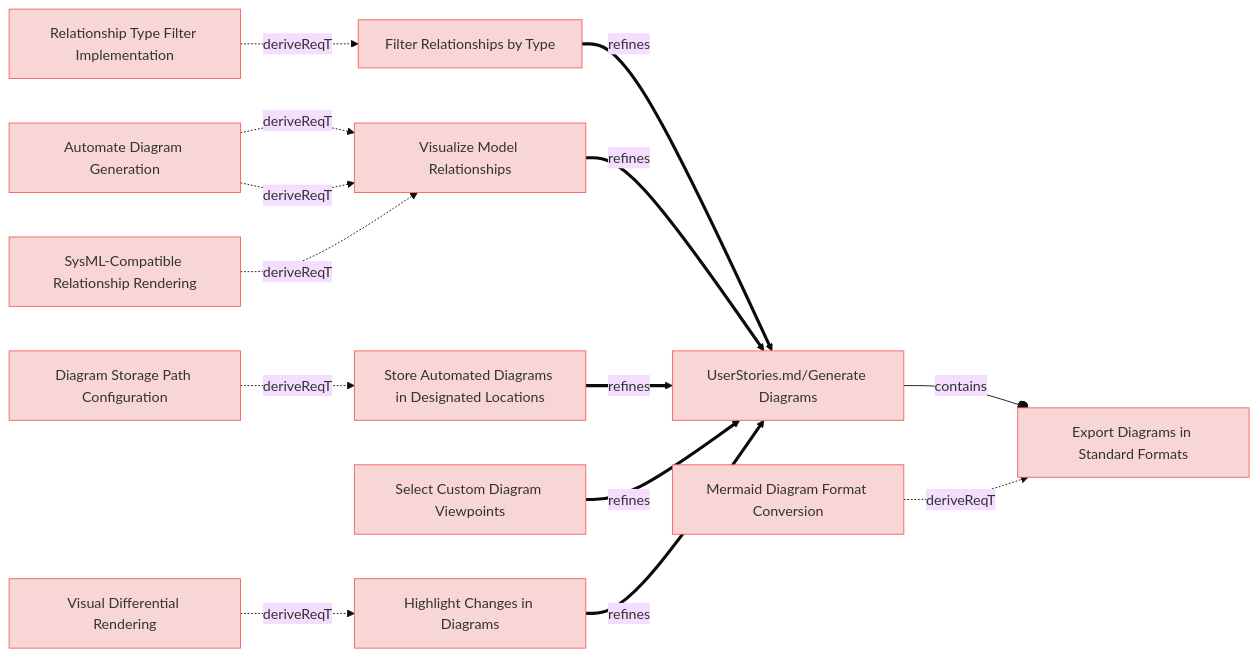
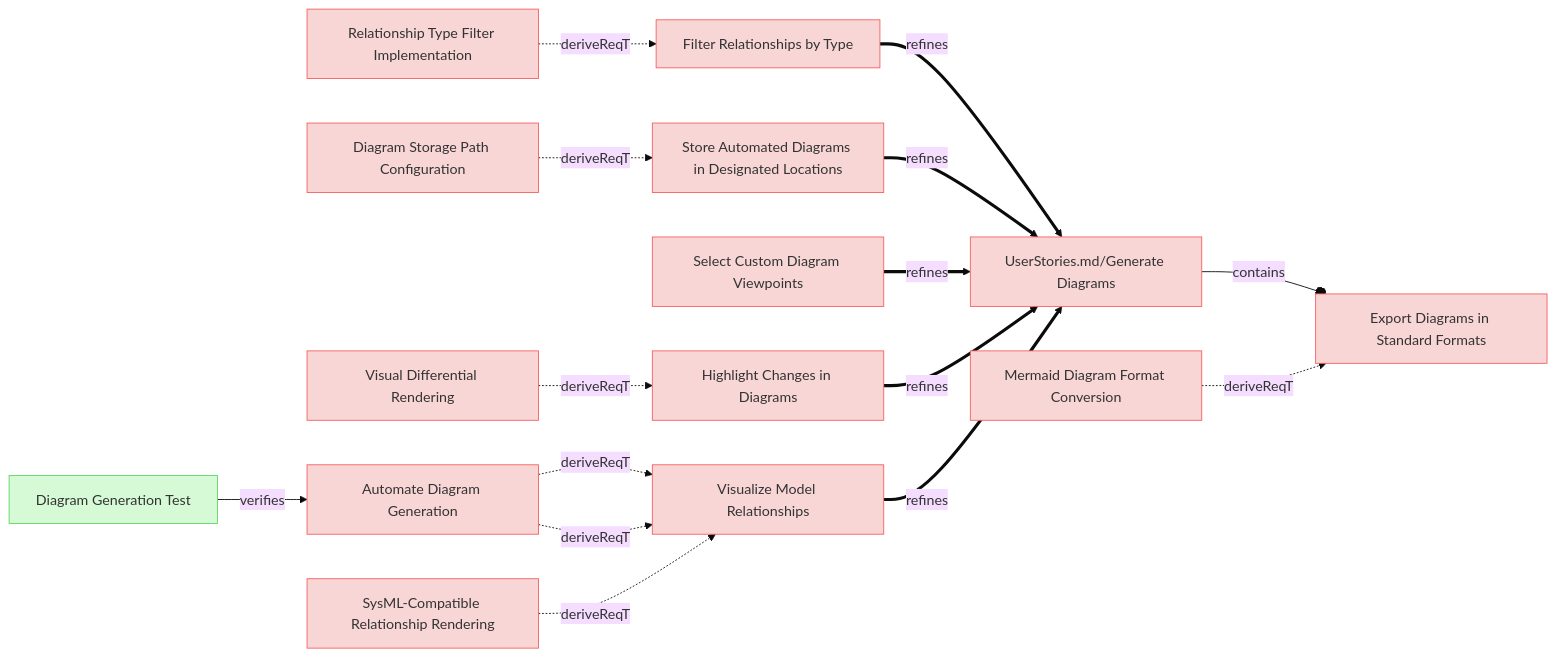
The first of 10 diagrams in specifications/UserRequirements.md (reqvire-org/reqvire), drawn with Mermaid (base theme) before and after one commit. The commit also changed other lines of this file and 8 other files, not shown here.

Commit message:
DIagrams Update.

````diff
--- a/specifications/UserRequirements.md
+++ b/specifications/UserRequirements.md
@@ -4,61 +4,65 @@
 ```mermaid
 graph LR;
   %% Graph styling
   classDef requirement fill:#f9d6d6,stroke:#f55f5f,stroke-width:1px;
   classDef verification fill:#d6f9d6,stroke:#5fd75f,stroke-width:1px;
   classDef externalLink fill:#d0e0ff,stroke:#3080ff,stroke-width:1px;
   classDef default fill:#f5f5f5,stroke:#333333,stroke-width:1px;
 
+  10c00a1bd1["Export Diagrams in Standard Formats"];
+  click 10c00a1bd1 "UserRequirements.md#export-diagrams-in-standard-formats";
+  class 10c00a1bd1 requirement;
+  cf0026c2fe["UserStories.md/Generate Diagrams"];
+  class cf0026c2fe requirement;
+  click cf0026c2fe "UserStories.md#generate-diagrams";
+  cf0026c2fe --o|contains| 10c00a1bd1;
+  a7ec66314a["Mermaid Diagram Format Conversion"];
+  class a7ec66314a requirement;
+  click a7ec66314a "SystemRequirements/Requirements.md#mermaid-diagram-format-conversion";
+  a7ec66314a -.->|deriveReqT| 10c00a1bd1;
+  30d97803eb["Filter Relationships by Type"];
+  click 30d97803eb "UserRequirements.md#filter-relationships-by-type";
+  class 30d97803eb requirement;
+  30d97803eb ==>|refines| cf0026c2fe;
+  1414e7f889["Relationship Type Filter Implementation"];
+  class 1414e7f889 requirement;
+  click 1414e7f889 "SystemRequirements/Requirements.md#relationship-type-filter-implementation";
+  1414e7f889 -.->|deriveReqT| 30d97803eb;
   81f9235ded["Automate Diagram Generation"];
   click 81f9235ded "UserRequirements.md#automate-diagram-generation";
   class 81f9235ded requirement;
   a6a8362836["Visualize Model Relationships"];
   class a6a8362836 requirement;
   click a6a8362836 "UserRequirements.md#visualize-model-relationships";
   81f9235ded -.->|deriveReqT| a6a8362836;
-  30d97803eb["Filter Relationships by Type"];
-  click 30d97803eb "UserRequirements.md#filter-relationships-by-type";
-  class 30d97803eb requirement;
-  cf0026c2fe["UserStories.md/Generate Diagrams"];
-  class cf0026c2fe requirement;
-  click cf0026c2fe "UserStories.md#generate-diagrams";
-  30d97803eb ==>|refines| cf0026c2fe;
-  1414e7f889["Relationship Type Filter Implementation"];
-  class 1414e7f889 requirement;
-  click 1414e7f889 "SystemRequirements/Requirements.md#relationship-type-filter-implementation";
-  1414e7f889 -.->|deriveReqT| 30d97803eb;
-  10c00a1bd1["Export Diagrams in Standard Formats"];
-  click 10c00a1bd1 "UserRequirements.md#export-diagrams-in-standard-formats";
-  class 10c00a1bd1 requirement;
-  cf0026c2fe --o|contains| 10c00a1bd1;
-  a7ec66314a["Mermaid Diagram Format Conversion"];
-  class a7ec66314a requirement;
-  click a7ec66314a "SystemRequirements/Requirements.md#mermaid-diagram-format-conversion";
-  a7ec66314a -.->|deriveReqT| 10c00a1bd1;
-  a6a8362836 ==>|refines| cf0026c2fe;
-  81f9235ded -.->|deriveReqT| a6a8362836;
-  c826c1ee7c["SysML-Compatible Relationship Rendering"];
-  class c826c1ee7c requirement;
-  click c826c1ee7c "SystemRequirements/Requirements.md#sysml-compatible-relationship-rendering";
-  c826c1ee7c -.->|deriveReqT| a6a8362836;
+  b95c73d7b3["Diagram Generation Test"];
+  class b95c73d7b3 verification;
+  click b95c73d7b3 "Verifications/DiagramsTests.md#diagram-generation-test";
+  b95c73d7b3 -->|verifies| 81f9235ded;
   aee397f35b["Store Automated Diagrams in Designated Locations"];
   click aee397f35b "UserRequirements.md#store-automated-diagrams-in-designated-locations";
   class aee397f35b requirement;
   aee397f35b ==>|refines| cf0026c2fe;
   191d27287e["Diagram Storage Path Configuration"];
   class 191d27287e requirement;
   click 191d27287e "SystemRequirements/Requirements.md#diagram-storage-path-configuration";
   191d27287e -.->|deriveReqT| aee397f35b;
   30053341d8["Select Custom Diagram Viewpoints"];
   click 30053341d8 "UserRequirements.md#select-custom-diagram-viewpoints";
   class 30053341d8 requirement;
   30053341d8 ==>|refines| cf0026c2fe;
   fd7388e379["Highlight Changes in Diagrams"];
   click fd7388e379 "UserRequirements.md#highlight-changes-in-diagrams";
   class fd7388e379 requirement;
   fd7388e379 ==>|refines| cf0026c2fe;
   9860815d52["Visual Differential Rendering"];
   class 9860815d52 requirement;
   click 9860815d52 "SystemRequirements/Requirements.md#visual-differential-rendering";
   9860815d52 -.->|deriveReqT| fd7388e379;
+  a6a8362836 ==>|refines| cf0026c2fe;
+  81f9235ded -.->|deriveReqT| a6a8362836;
+  c826c1ee7c["SysML-Compatible Relationship Rendering"];
+  class c826c1ee7c requirement;
+  click c826c1ee7c "SystemRequirements/Requirements.md#sysml-compatible-relationship-rendering";
+  c826c1ee7c -.->|deriveReqT| a6a8362836;
 ```
````
